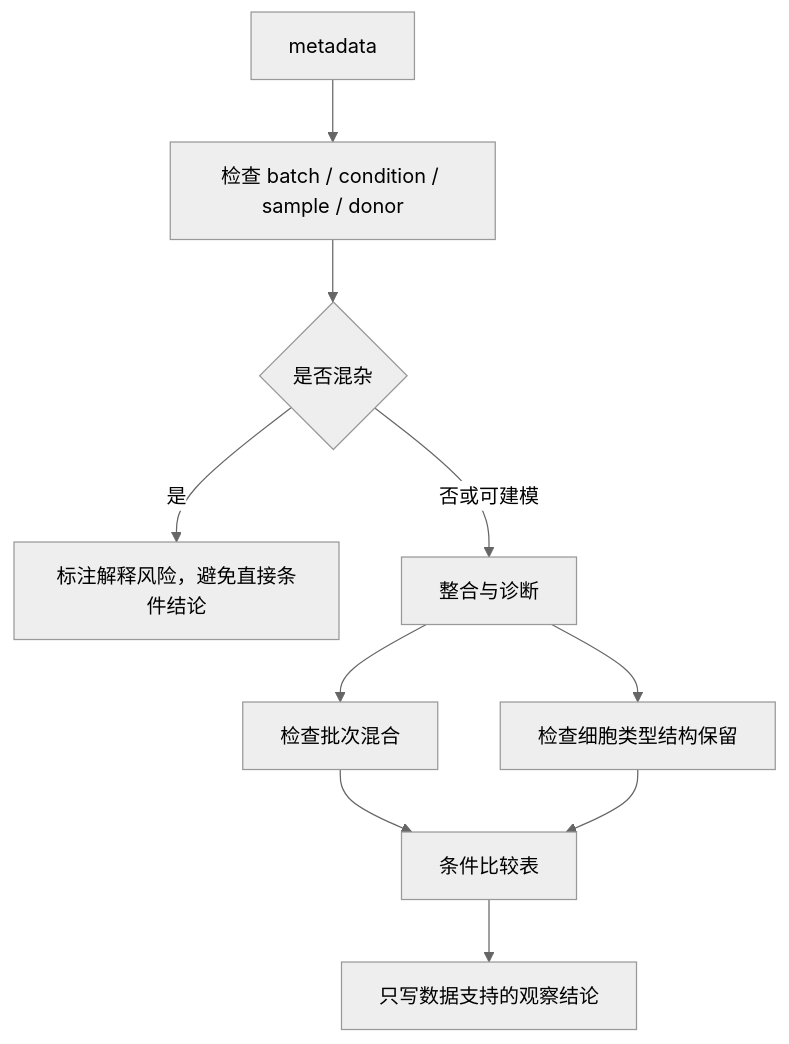
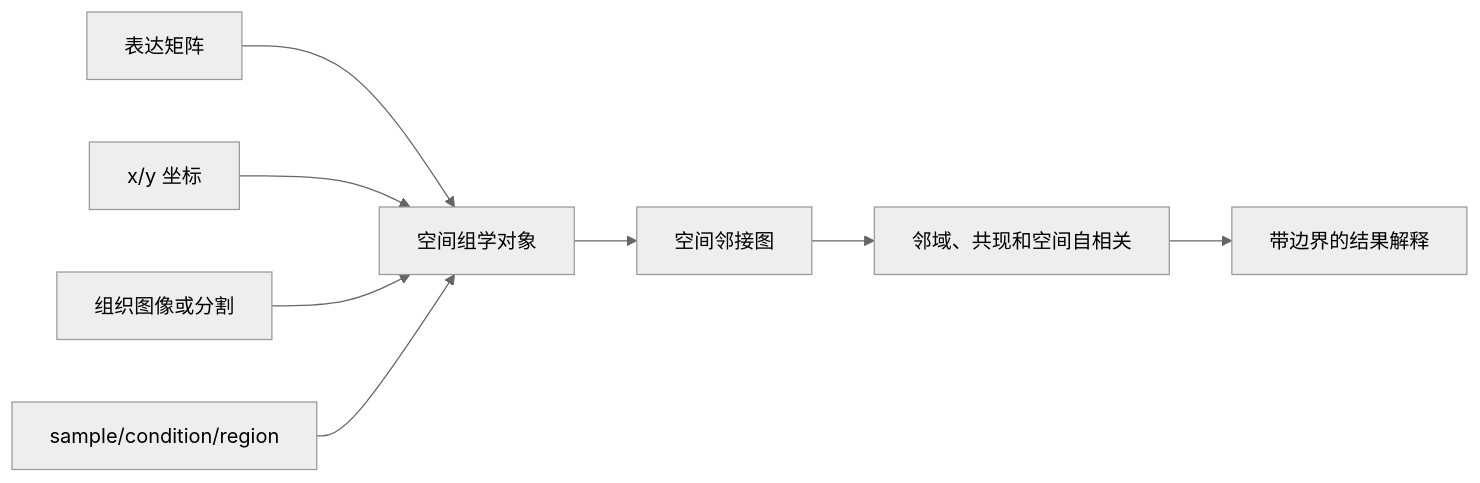
One commit to luvega/AI_MED_DataVis changed the first of 4 diagrams in docs/chapters/chapter-15/index.md. Above: the diagram before and after it, drawn with Mermaid (neutral theme). The commit also changed other lines of this file and 84 other files, not shown here.

````diff
--- a/docs/chapters/chapter-15/index.md
+++ b/docs/chapters/chapter-15/index.md
@@ -78,12 +287,10 @@
 ```mermaid
-flowchart TD
-  A["metadata"] --> B["检查 batch / condition / sample / donor"]
-  B --> C{"是否混杂"}
-  C -- "是" --> D["标注解释风险，避免直接条件结论"]
-  C -- "否或可建模" --> E["整合与诊断"]
-  E --> F["检查批次混合"]
-  E --> G["检查细胞类型结构保留"]
-  F --> H["条件比较表"]
-  G --> H
-  H --> I["只写数据支持的观察结论"]
+flowchart LR
+  A["表达矩阵"] --> E["空间组学对象"]
+  B["x/y 坐标"] --> E
+  C["组织图像或分割"] --> E
+  D["sample/condition/region"] --> E
+  E --> F["空间邻接图"]
+  F --> G["邻域、共现和空间自相关"]
+  G --> H["带边界的结果解释"]
 ```
````
